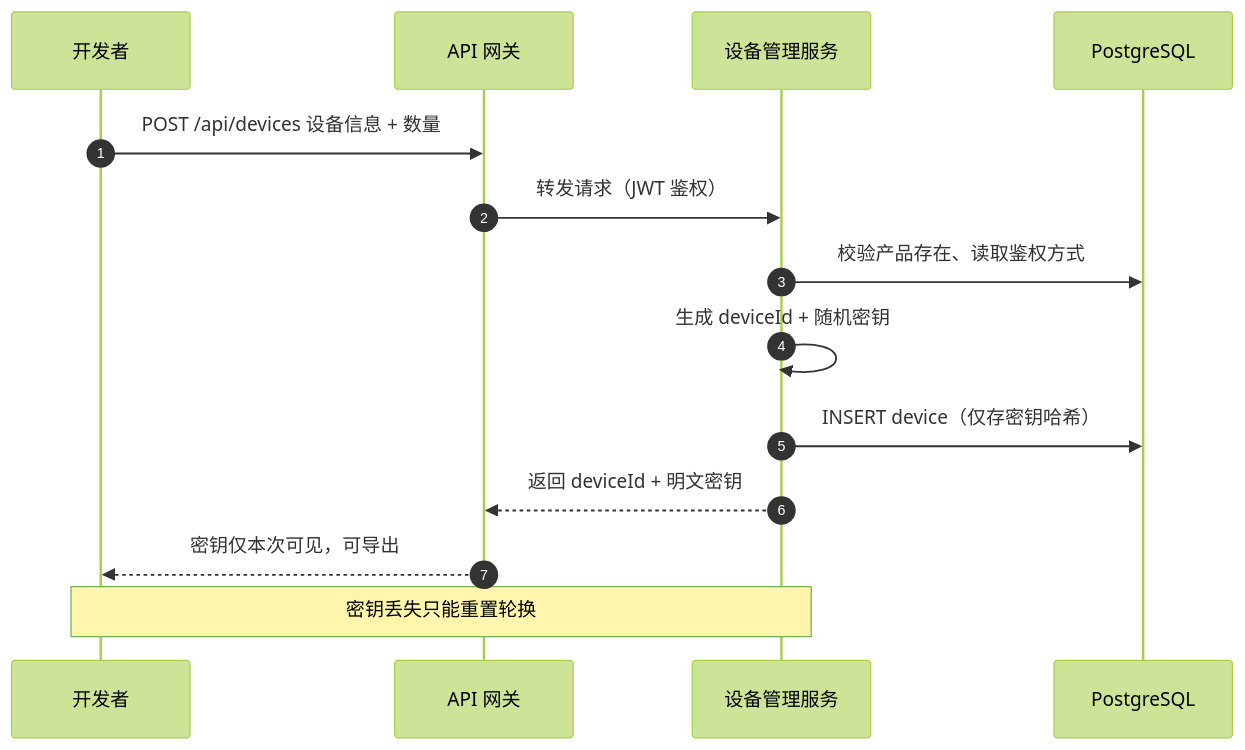
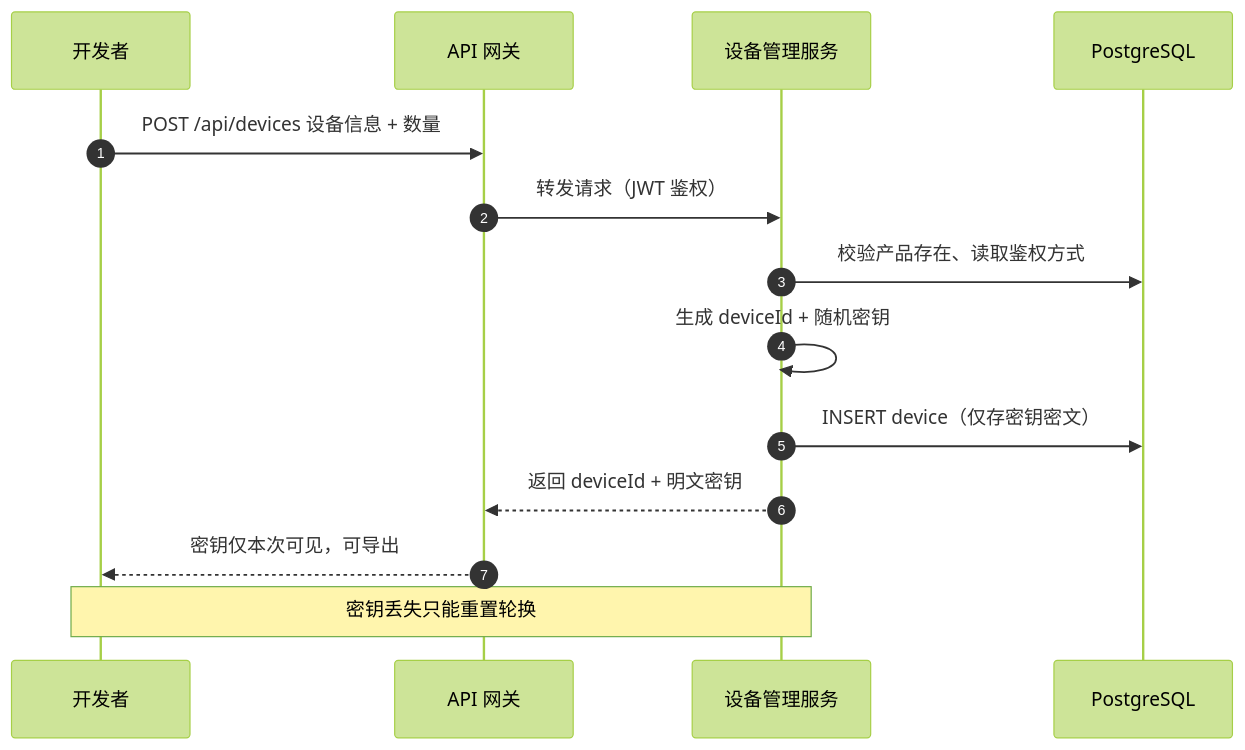
One commit to wuzhudexiaopacai/coherer changed the third of 15 diagrams in docs/design.md. Above: the diagram before and after it, drawn with Mermaid (forest theme). The commit also changed other lines of this file and 33 other files, not shown here.

````diff
--- a/docs/design.md
+++ b/docs/design.md
@@ -116,17 +116,17 @@
 ```mermaid
 sequenceDiagram
     autonumber
     participant U as 开发者
     participant GW as API 网关
     participant DS as 设备管理服务
     participant DB as PostgreSQL
 
     U->>GW: POST /api/devices 设备信息 + 数量
     GW->>DS: 转发请求（JWT 鉴权）
     DS->>DB: 校验产品存在、读取鉴权方式
     DS->>DS: 生成 deviceId + 随机密钥
-    DS->>DB: INSERT device（仅存密钥哈希）
+    DS->>DB: INSERT device（仅存密钥密文）
     DS-->>GW: 返回 deviceId + 明文密钥
     GW-->>U: 密钥仅本次可见，可导出
     Note over U,DS: 密钥丢失只能重置轮换
 ```
````
